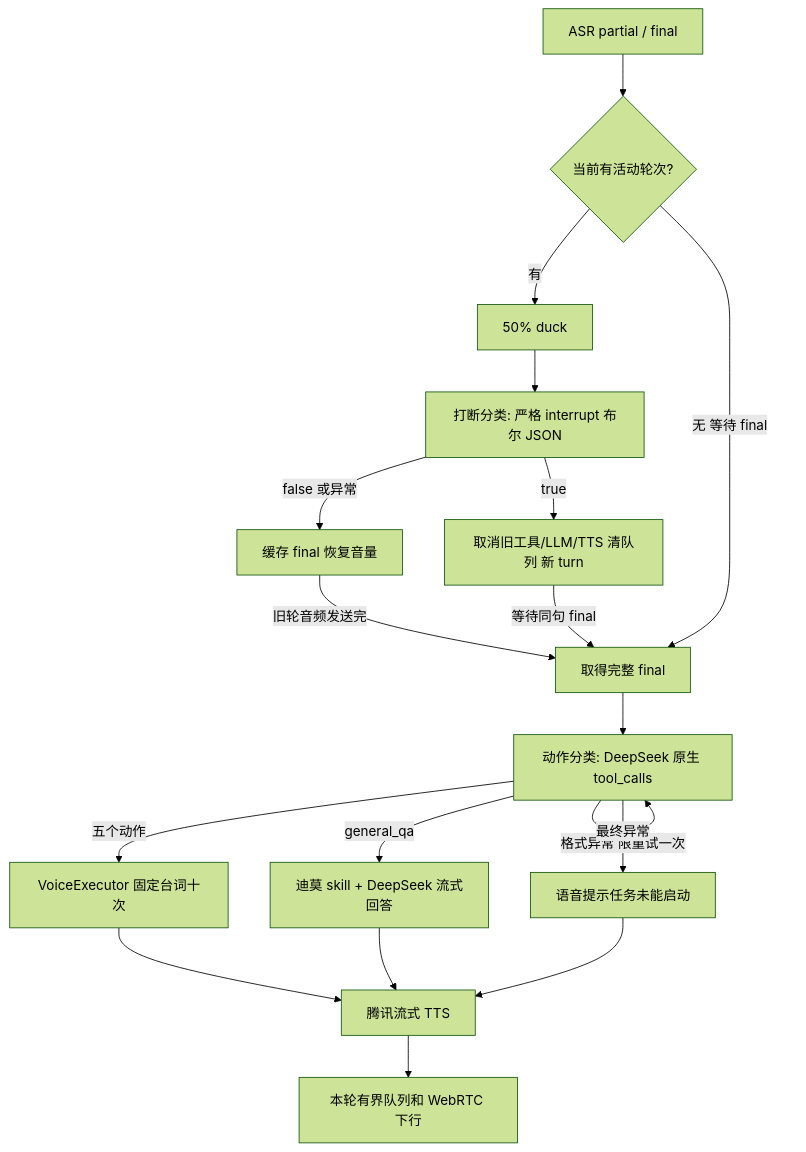
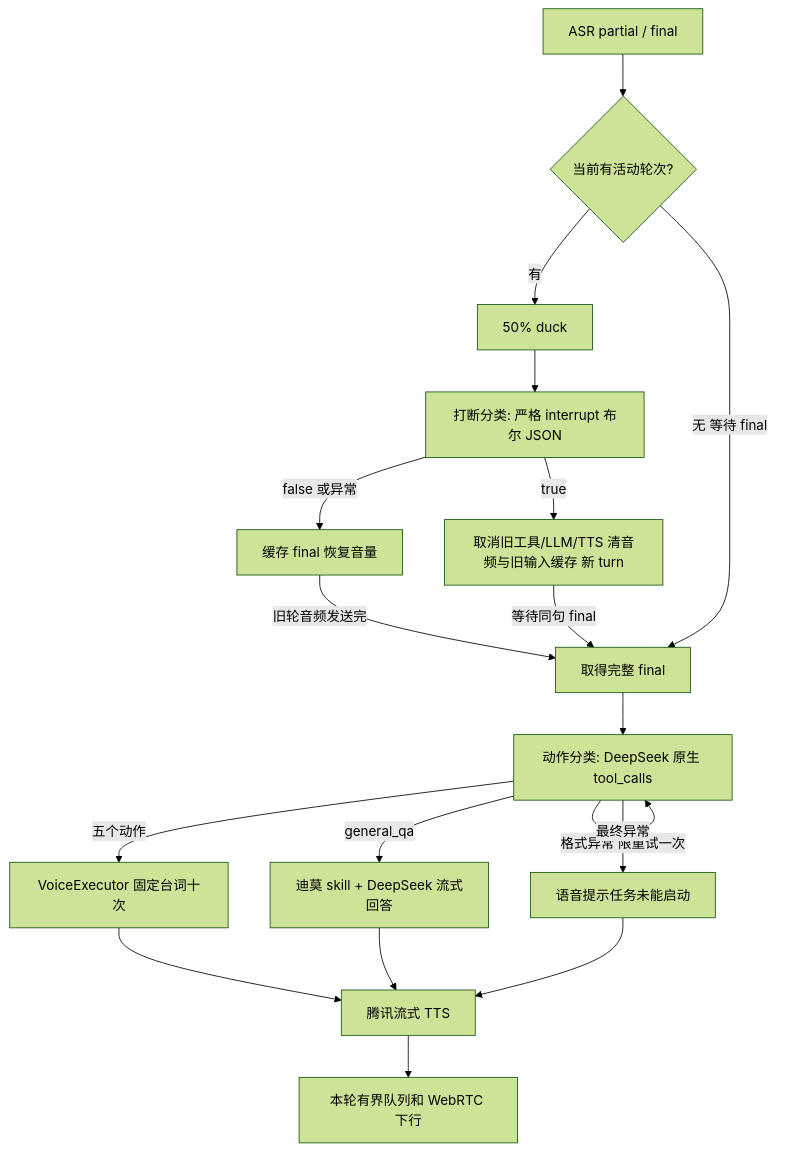
Before and after one commit to zjn20021020/WebRTC: the diagram in docs/场景调研与设计.md, drawn with Mermaid (forest theme). The commit also changed other lines of this file and 6 other files, not shown here.

````diff
--- a/docs/场景调研与设计.md
+++ b/docs/场景调研与设计.md
@@ -37,20 +37,20 @@
 ```mermaid
 flowchart TD
   ASR[ASR partial / final] --> Busy{当前有活动轮次?}
   Busy -->|有| Duck[50% duck]
   Duck --> Intent[打断分类: 严格 interrupt 布尔 JSON]
-  Intent -->|true| Cancel[取消旧工具/LLM/TTS 清队列 新 turn]
+  Intent -->|true| Cancel[取消旧工具/LLM/TTS 清音频与旧输入缓存 新 turn]
   Intent -->|false 或异常| Cache[缓存 final 恢复音量]
   Cache -->|旧轮音频发送完| Final[取得完整 final]
   Cancel -->|等待同句 final| Final
   Busy -->|无 等待 final| Final
   Final --> Action[动作分类: DeepSeek 原生 tool_calls]
   Action -->|五个动作| Executor[VoiceExecutor 固定台词十次]
   Action -->|general_qa| Chat[迪莫 skill + DeepSeek 流式回答]
   Action -->|格式异常 限重试一次| Action
   Action -->|最终异常| Clarify[语音提示任务未能启动]
   Executor --> TTS[腾讯流式 TTS]
   Chat --> TTS
   Clarify --> TTS
   TTS --> Queue[本轮有界队列和 WebRTC 下行]
 ```
````
